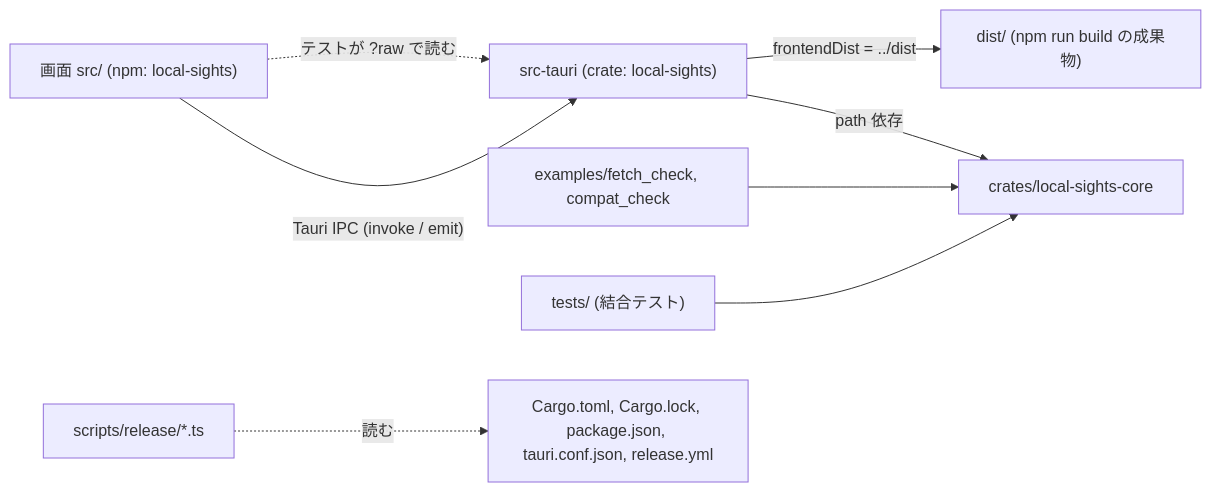
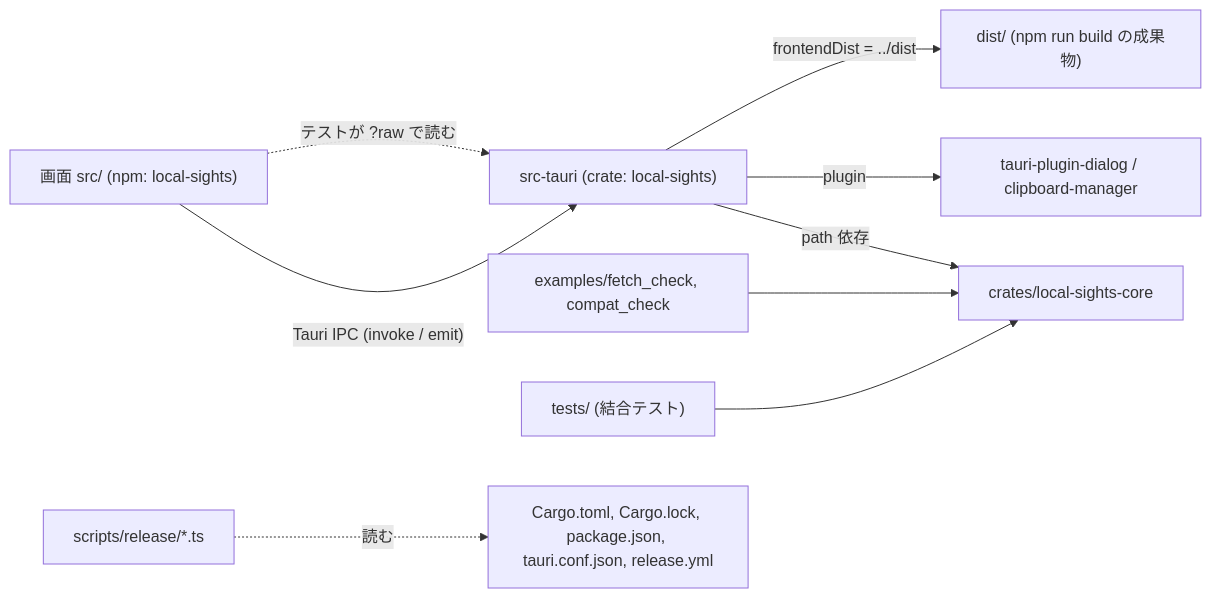
One commit to kdnakt/local-sights changed the diagram in aidlc/spaces/default/codekb/local-sights/dependencies.md. Above: the diagram before and after it, drawn with Mermaid. The commit also changed other lines of this file and 11 other files, not shown here.

````diff
--- a/aidlc/spaces/default/codekb/local-sights/dependencies.md
+++ b/aidlc/spaces/default/codekb/local-sights/dependencies.md
@@ -21,10 +23,11 @@
 ```mermaid
 flowchart LR
   Screen["画面 src/ (npm: local-sights)"] -- "Tauri IPC (invoke / emit)" --> App["src-tauri (crate: local-sights)"]
   App -- "path 依存" --> Core["crates/local-sights-core"]
+  App -- "plugin" --> Dialog["tauri-plugin-dialog / clipboard-manager"]
   App -- "frontendDist = ../dist" --> Dist["dist/ (npm run build の成果物)"]
   Screen -. "テストが ?raw で読む" .-> App
   Examples["examples/fetch_check, compat_check"] --> Core
   Tests["tests/ (結合テスト)"] --> Core
   Scripts["scripts/release/*.ts"] -. "読む" .-> Files["Cargo.toml, Cargo.lock, package.json, tauri.conf.json, release.yml"]
 ```
````
